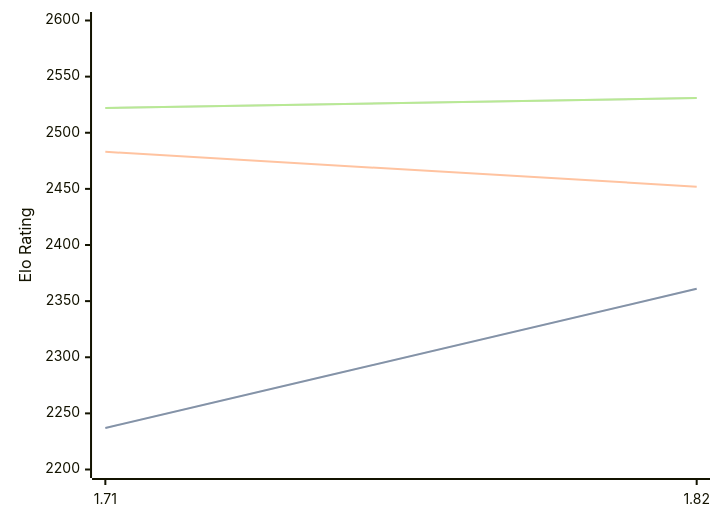
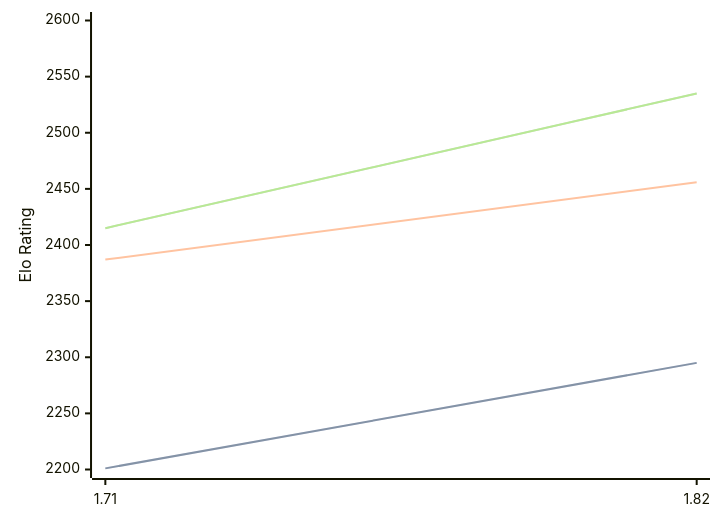
The diagram in engines/Amira.md (computer-chess-index/cci), drawn with Mermaid before and after one commit. The commit also changed other lines of this file, not shown here.

Commit message:
Update CCI Ratings (ELO VLTC) - 2026-02-24

````diff
--- a/engines/Amira.md
+++ b/engines/Amira.md
@@ -32,11 +32,11 @@
 ```mermaid
 %%{init: {"theme":"base","themeVariables":{"seriesColors:['#a3a3a3','#222221','#faa371']}}}%%
 xychart-beta
   x-axis ["1.71", "1.82"]
   y-axis "Elo Rating" 2200 --> 2600
-  line "STC (8.0+0.08s)" [2237, 2361]
-  line "STC (8.0+0.08s)" [2237, 2361]
-  line "LTC (60.0+0.60s)" [2483, 2452]
-  line "VLTC (2m24s+1.12s)" [2522, 2531]
-  line "VLTC (2m24s+1.12s)" [2522, 2531]
+  line "STC (8.0+0.08s)" [2201, 2295]
+  line "STC (8.0+0.08s)" [2201, 2295]
+  line "LTC (60.0+0.60s)" [2387, 2456]
+  line "VLTC (2m24s+1.12s)" [2415, 2535]
+  line "VLTC (2m24s+1.12s)" [2415, 2535]
 ```
````
